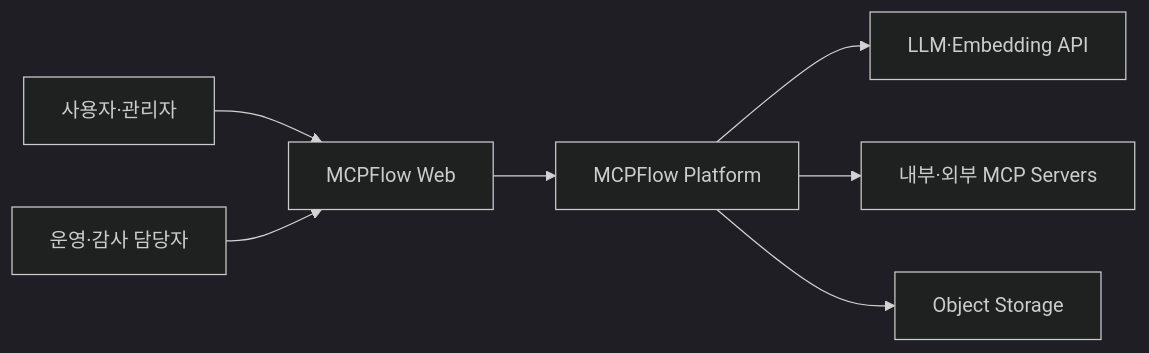
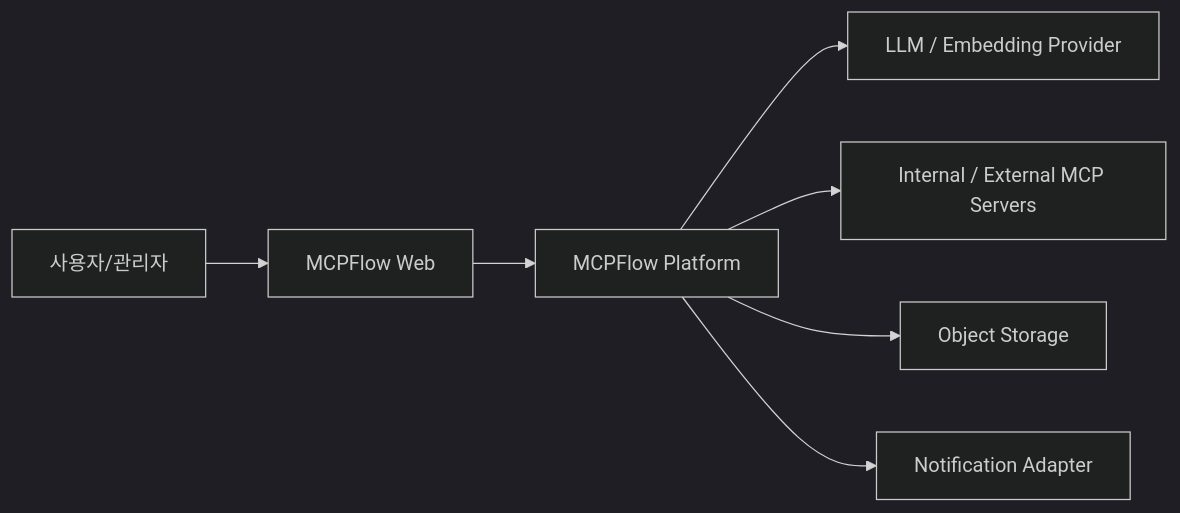
The first of 3 diagrams in docs/03-system-architecture.md (ramza2/mcp-flow), drawn with Mermaid (dark theme) before and after one commit. The commit also changed other lines of this file, not shown here.

Commit message:
docs: align system architecture with canonical runtime and MCP contracts

````diff
--- a/docs/03-system-architecture.md
+++ b/docs/03-system-architecture.md
@@ -114,9 +106,9 @@
 ```mermaid
 flowchart LR
-    U["사용자·관리자"] --> W["MCPFlow Web"]
-    W --> P["MCPFlow Platform"]
-    P --> L["LLM·Embedding API"]
-    P --> M["내부·외부 MCP Servers"]
-    P --> O["Object Storage"]
-    A["운영·감사 담당자"] --> W
+    U[사용자/관리자] --> W[MCPFlow Web]
+    W --> P[MCPFlow Platform]
+    P --> L[LLM / Embedding Provider]
+    P --> M[Internal / External MCP Servers]
+    P --> O[Object Storage]
+    P --> N[Notification Adapter]
 ```
````
